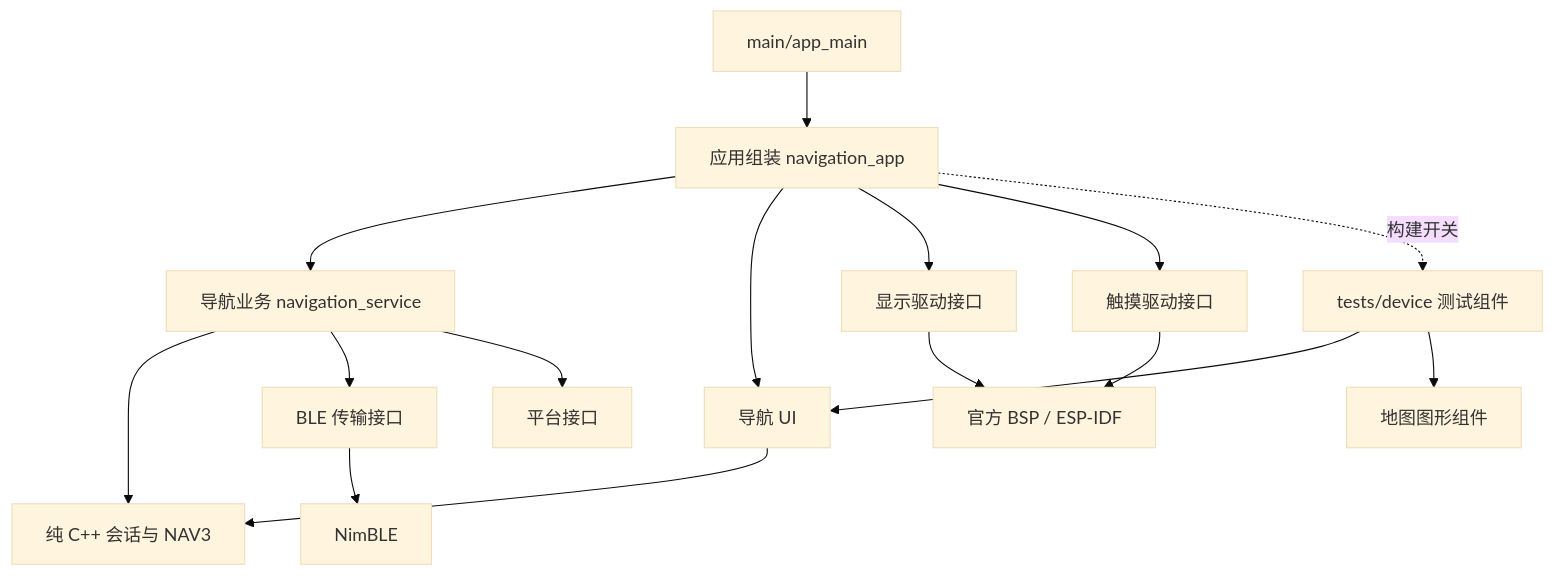
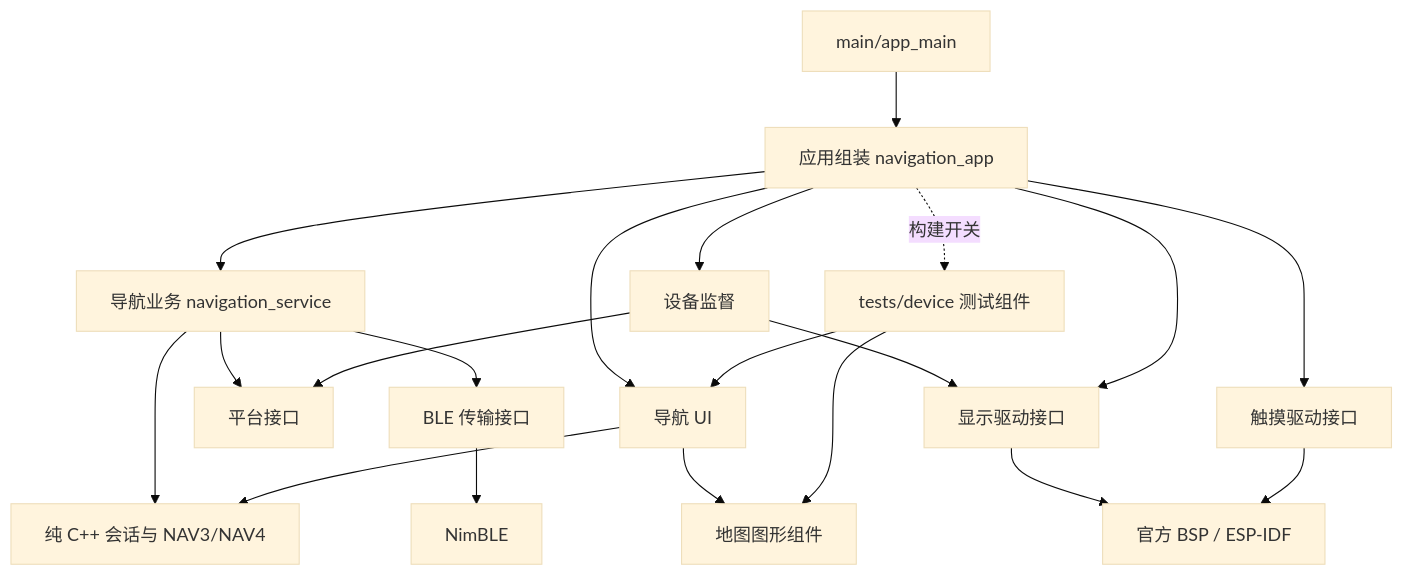
One commit to gargamelzhao0-del/motonav changed the diagram in moto_esp32/FIRMWARE_LAYERS.md. Above: the diagram before and after it, drawn with Mermaid (base theme). The commit also changed other lines of this file and 56 other files, not shown here.

First line of the commit message:
Fix NAV3/NAV4 receive retries and display fault recovery

````diff
--- a/moto_esp32/FIRMWARE_LAYERS.md
+++ b/moto_esp32/FIRMWARE_LAYERS.md
@@ -43,18 +44,22 @@
 ```mermaid
 flowchart TD
     Entry[main/app_main] --> App[应用组装 navigation_app]
     App --> Service[导航业务 navigation_service]
-    Service --> Core[纯 C++ 会话与 NAV3]
+    Service --> Core[纯 C++ 会话与 NAV3/NAV4]
     Service --> BLE[BLE 传输接口]
     Service --> Platform[平台接口]
     App --> UI[导航 UI]
     UI --> Core
+    UI --> Graphics[地图图形组件]
+    App --> Supervisor[设备监督]
+    Supervisor --> Display
+    Supervisor --> Platform
     App --> Display[显示驱动接口]
     App --> Touch[触摸驱动接口]
     App -. 构建开关 .-> Bench[tests/device 测试组件]
     Bench --> UI
     Bench --> Graphics[地图图形组件]
     Display --> BSP[官方 BSP / ESP-IDF]
     Touch --> BSP
     BLE --> NimBLE[NimBLE]
 ```
````
